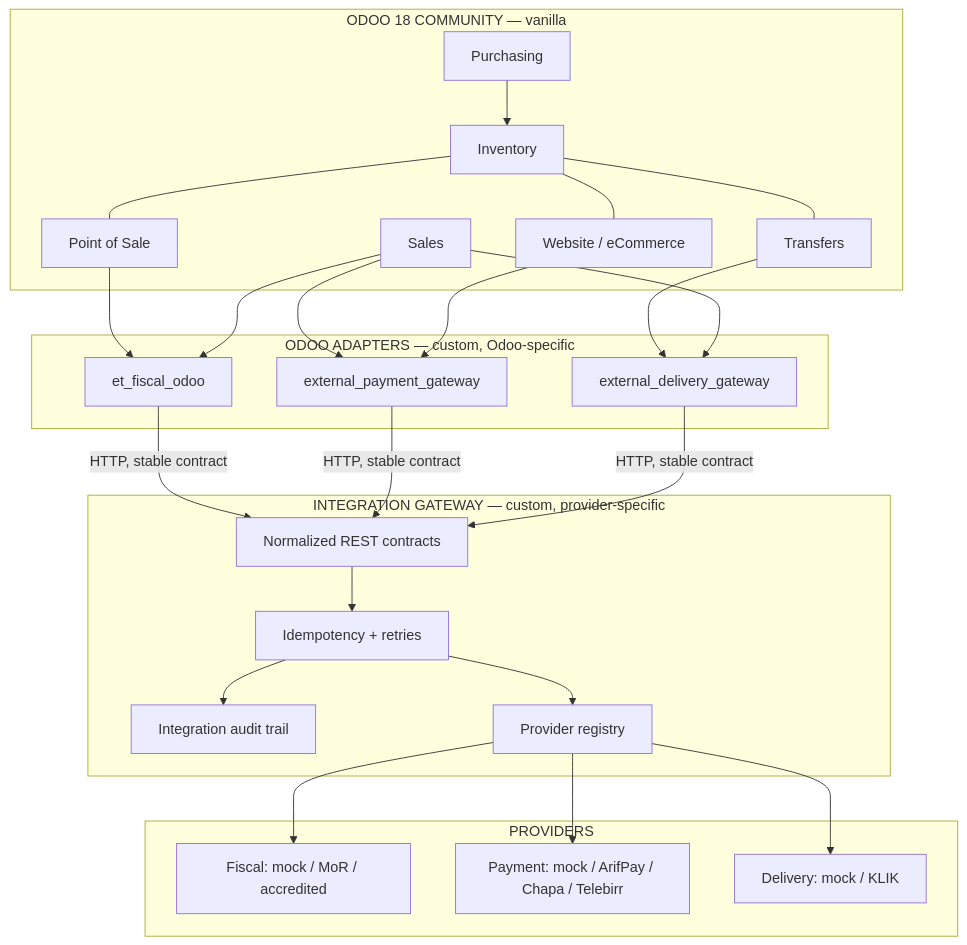
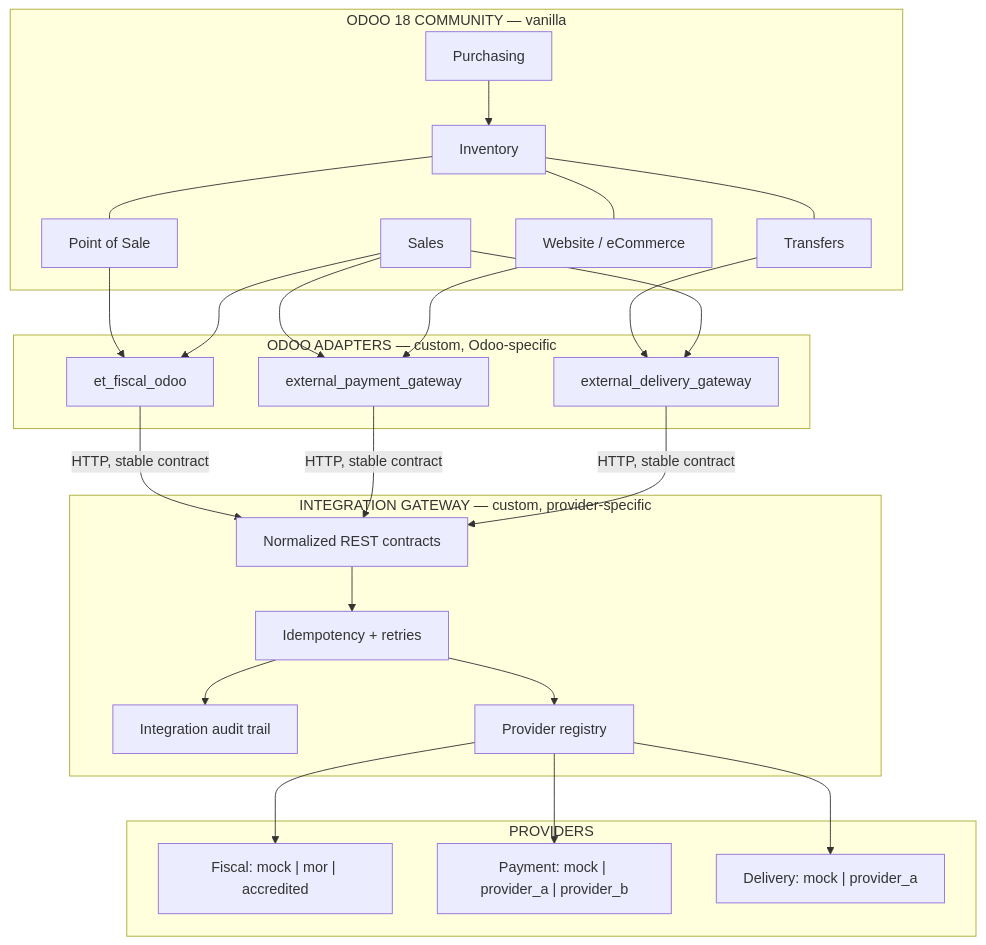
Before and after one commit to bineyame/MatisShop: the first of 9 diagrams in docs/architecture.md, drawn with Mermaid. The commit also changed other lines of this file and 34 other files, not shown here.

````diff
--- a/docs/architecture.md
+++ b/docs/architecture.md
@@ -34,51 +34,51 @@
 ```mermaid
 flowchart TB
     subgraph ODOO["ODOO 18 COMMUNITY — vanilla"]
         PUR[Purchasing]
         INV[Inventory]
         SAL[Sales]
         POS[Point of Sale]
         WEB[Website / eCommerce]
         TRF[Transfers]
         INV --- POS
         INV --- WEB
         INV --- TRF
     end
 
     subgraph ADAPT["ODOO ADAPTERS — custom, Odoo-specific"]
         FISC["et_fiscal_odoo"]
         PAY["external_payment_gateway"]
         DEL["external_delivery_gateway"]
     end
 
     subgraph GW["INTEGRATION GATEWAY — custom, provider-specific"]
         API[Normalized REST contracts]
         IDEM[Idempotency + retries]
         AUD[Integration audit trail]
         REG[Provider registry]
     end
 
     subgraph PROV["PROVIDERS"]
-        FP["Fiscal: mock / MoR / accredited"]
-        PP["Payment: mock / ArifPay / Chapa / Telebirr"]
-        DP["Delivery: mock / KLIK"]
+        FP["Fiscal: mock | mor | accredited"]
+        PP["Payment: mock | provider_a | provider_b"]
+        DP["Delivery: mock | provider_a"]
     end
 
     PUR --> INV
     POS --> FISC
     SAL --> FISC
     SAL --> PAY
     WEB --> PAY
     TRF --> DEL
     SAL --> DEL
 
     FISC -->|HTTP, stable contract| API
     PAY -->|HTTP, stable contract| API
     DEL -->|HTTP, stable contract| API
 
     API --> IDEM --> REG
     IDEM --> AUD
     REG --> FP
     REG --> PP
     REG --> DP
 ```
````
